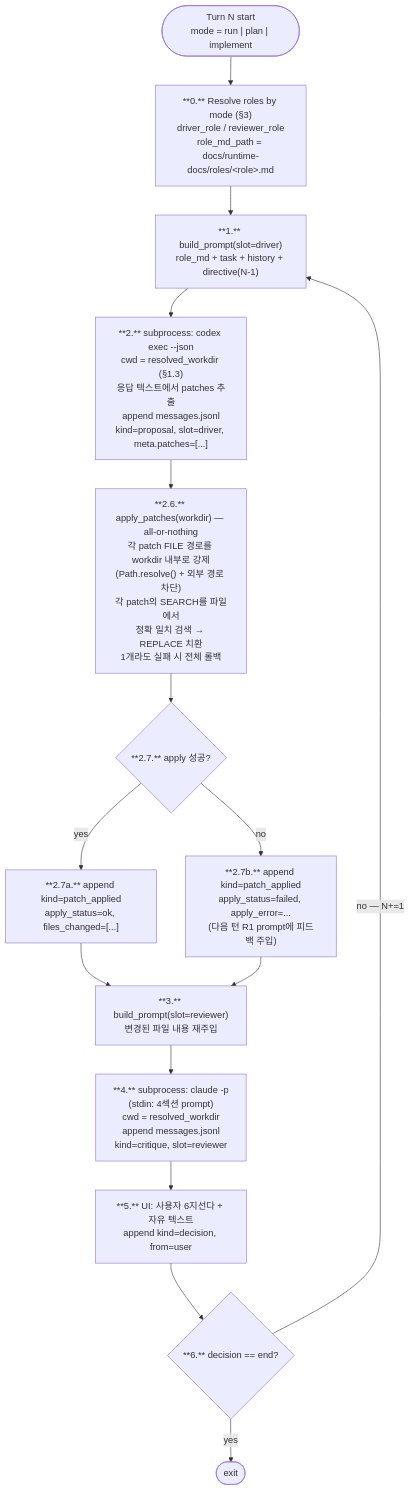
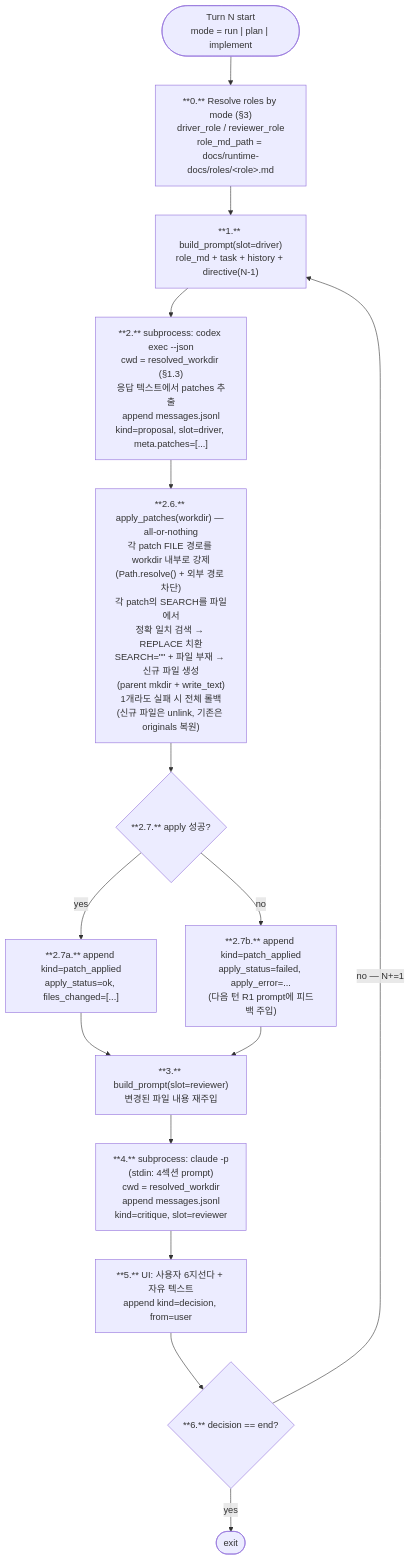
The third of 3 diagrams in docs/runtime-docs/protocol.md (shinjw4929/Dialectic-CLI), drawn with Mermaid before and after one commit. The commit also changed other lines of this file and 8 other files, not shown here.

````diff
--- a/docs/runtime-docs/protocol.md
+++ b/docs/runtime-docs/protocol.md
@@ -248,23 +248,23 @@
 ```mermaid
 flowchart TD
     Start(["Turn N start<br/>mode = run | plan | implement"])
     R0["**0.** Resolve roles by mode (§3)<br/>driver_role / reviewer_role<br/>role_md_path = docs/runtime-docs/roles/&lt;role&gt;.md"]
     R1["**1.** build_prompt(slot=driver)<br/>role_md + task + history + directive(N-1)"]
     R2["**2.** subprocess: codex exec --json<br/>cwd = resolved_workdir (§1.3)<br/>응답 텍스트에서 patches 추출<br/>append messages.jsonl<br/>kind=proposal, slot=driver, meta.patches=[...]"]
-    R2_6["**2.6.** apply_patches(workdir) — all-or-nothing<br/>각 patch FILE 경로를 workdir 내부로 강제<br/>(Path.resolve() + 외부 경로 차단)<br/>각 patch의 SEARCH를 파일에서<br/>정확 일치 검색 → REPLACE 치환<br/>1개라도 실패 시 전체 롤백"]
+    R2_6["**2.6.** apply_patches(workdir) — all-or-nothing<br/>각 patch FILE 경로를 workdir 내부로 강제<br/>(Path.resolve() + 외부 경로 차단)<br/>각 patch의 SEARCH를 파일에서<br/>정확 일치 검색 → REPLACE 치환<br/>SEARCH=&quot;&quot; + 파일 부재 → 신규 파일 생성<br/>(parent mkdir + write_text)<br/>1개라도 실패 시 전체 롤백<br/>(신규 파일은 unlink, 기존은 originals 복원)"]
     R2_7{"**2.7.** apply 성공?"}
     R2_7a["**2.7a.** append kind=patch_applied<br/>apply_status=ok, files_changed=[...]"]
     R2_7b["**2.7b.** append kind=patch_applied<br/>apply_status=failed, apply_error=...<br/>(다음 턴 R1 prompt에 피드백 주입)"]
     R3["**3.** build_prompt(slot=reviewer)<br/>변경된 파일 내용 재주입"]
     R4["**4.** subprocess: claude -p<br/>(stdin: 4섹션 prompt)<br/>cwd = resolved_workdir<br/>append messages.jsonl<br/>kind=critique, slot=reviewer"]
     R5["**5.** UI: 사용자 6지선다 + 자유 텍스트<br/>append kind=decision, from=user"]
     R6{"**6.** decision == end?"}
     Exit([exit])
 
     Start --> R0 --> R1 --> R2 --> R2_6 --> R2_7
     R2_7 -- yes --> R2_7a --> R3
     R2_7 -- no --> R2_7b --> R3
     R3 --> R4 --> R5 --> R6
     R6 -- yes --> Exit
     R6 -- "no — N+=1" --> R1
 ```
````
